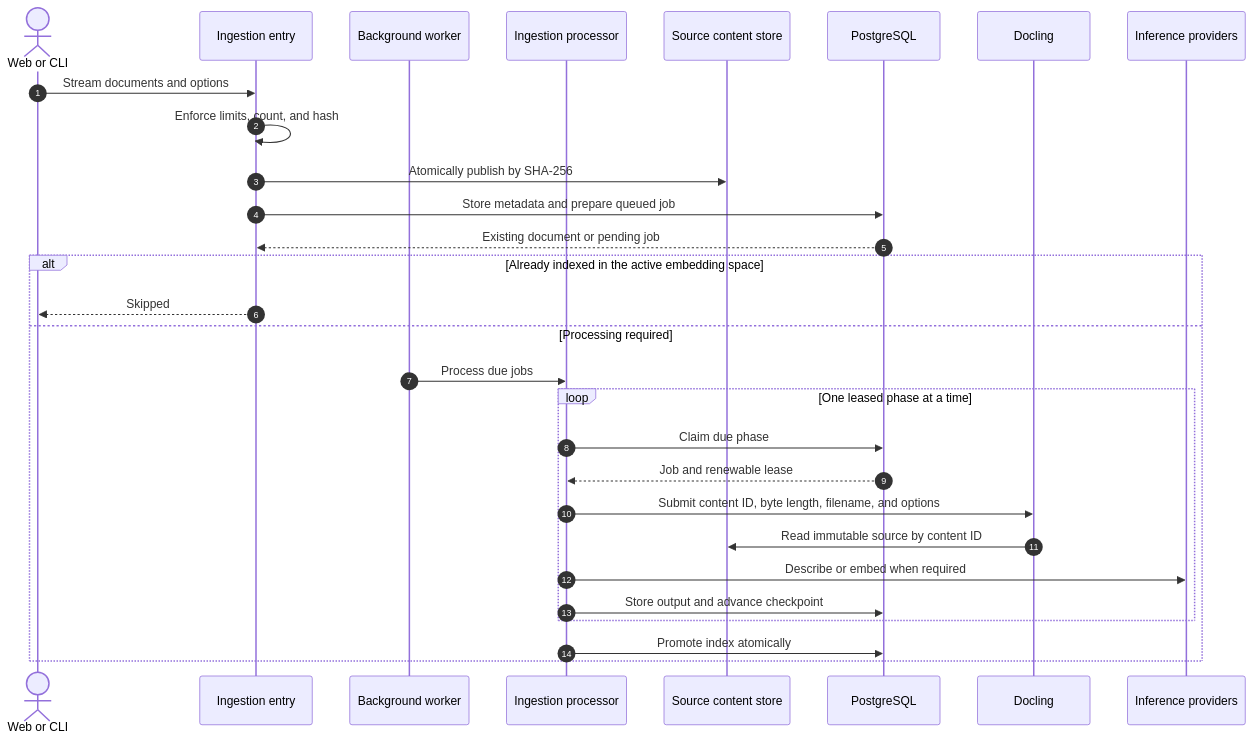
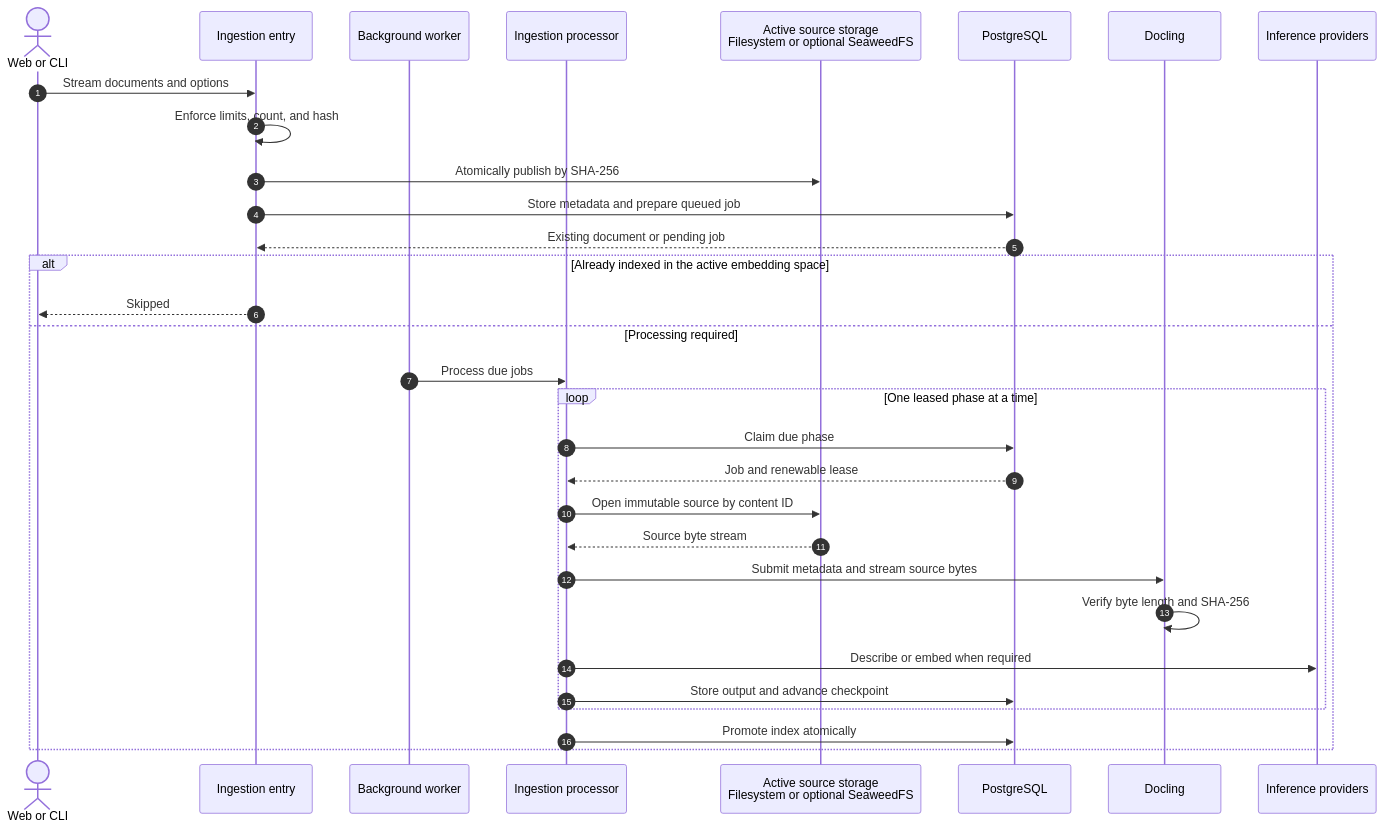
Before and after one commit to sageil/citeloom: the third of 4 diagrams in docs/architecture.md, drawn with Mermaid. The commit also changed other lines of this file and 71 other files, not shown here.

````diff
--- a/docs/architecture.md
+++ b/docs/architecture.md
@@ -131,33 +137,35 @@
 ```mermaid
 sequenceDiagram
     autonumber
     actor Client as Web or CLI
     participant Intake as Ingestion entry
     participant Worker as Background worker
     participant Runner as Ingestion processor
-    participant Store as Source content store
+    participant Store as Active source storage<br/>Filesystem or optional SeaweedFS
     participant DB as PostgreSQL
     participant Parser as Docling
     participant AI as Inference providers
 
     Client->>Intake: Stream documents and options
     Intake->>Intake: Enforce limits, count, and hash
     Intake->>Store: Atomically publish by SHA-256
     Intake->>DB: Store metadata and prepare queued job
     DB-->>Intake: Existing document or pending job
 
     alt Already indexed in the active embedding space
         Intake-->>Client: Skipped
     else Processing required
         Worker->>Runner: Process due jobs
         loop One leased phase at a time
             Runner->>DB: Claim due phase
             DB-->>Runner: Job and renewable lease
-            Runner->>Parser: Submit content ID, byte length, filename, and options
-            Parser->>Store: Read immutable source by content ID
+            Runner->>Store: Open immutable source by content ID
+            Store-->>Runner: Source byte stream
+            Runner->>Parser: Submit metadata and stream source bytes
+            Parser->>Parser: Verify byte length and SHA-256
             Runner->>AI: Describe or embed when required
             Runner->>DB: Store output and advance checkpoint
         end
         Runner->>DB: Promote index atomically
     end
 ```
````
